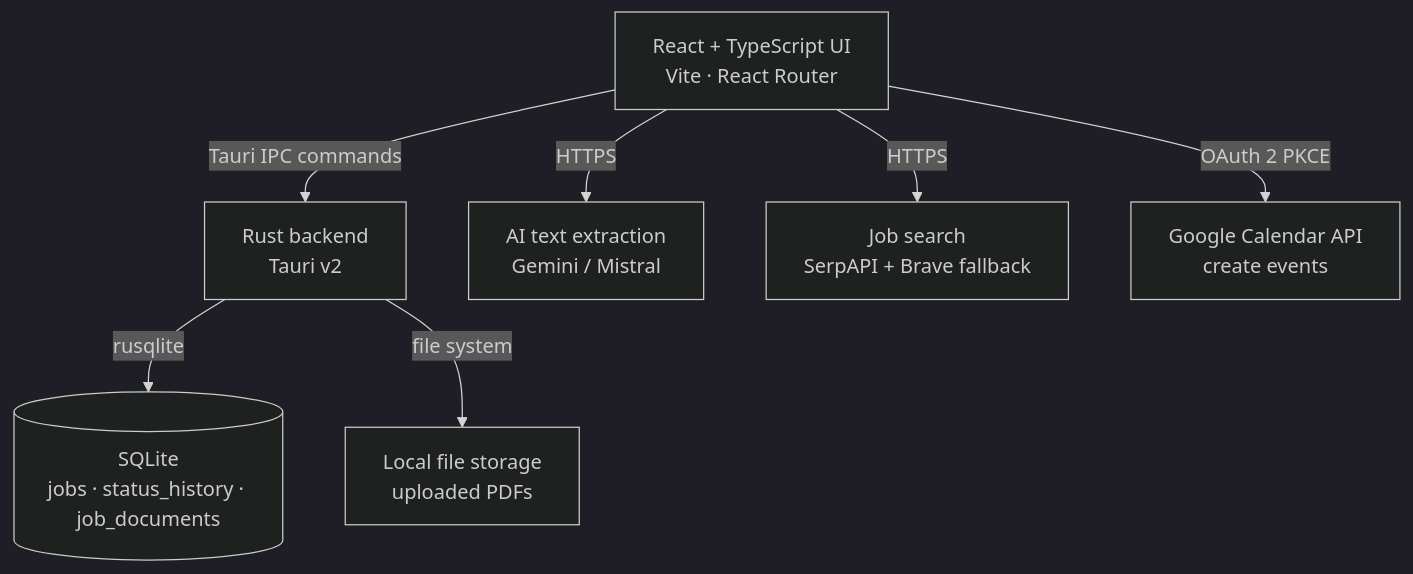
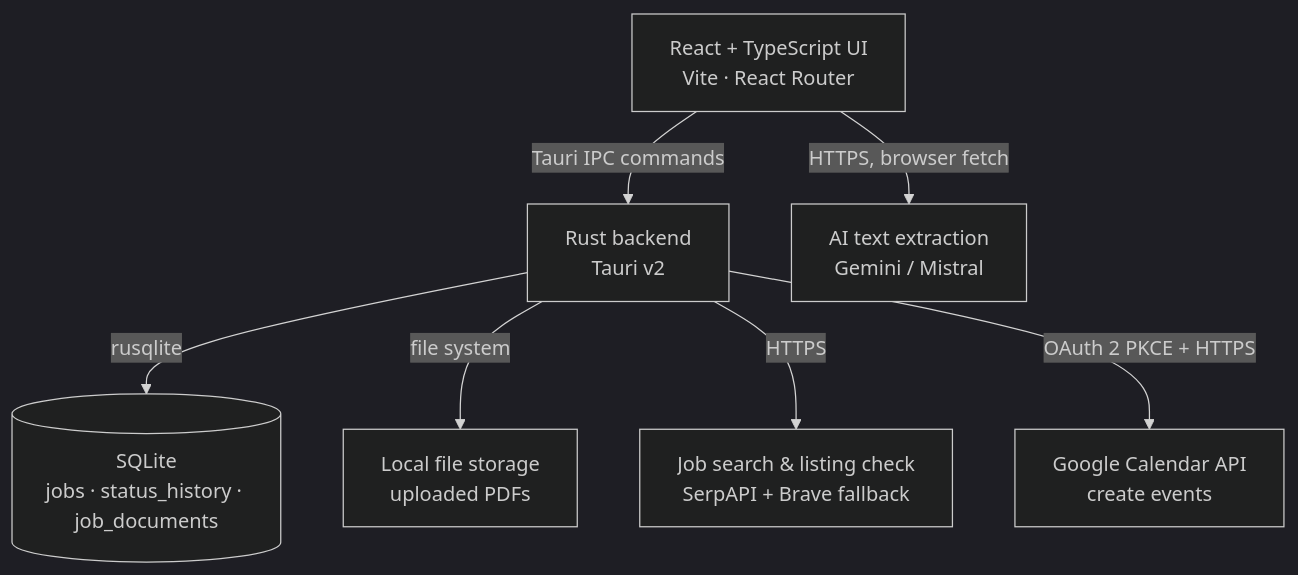
The first of 7 diagrams in docs/architecture.md (eikrad/Job-Tracker), drawn with Mermaid (dark theme) before and after one commit. The commit also changed other lines of this file and 2 other files, not shown here.

````diff
--- a/docs/architecture.md
+++ b/docs/architecture.md
@@ -11,9 +11,9 @@
 ```mermaid
 graph TD
     UI[React + TypeScript UI<br>Vite · React Router] -->|Tauri IPC commands| RUST[Rust backend<br>Tauri v2]
     RUST -->|rusqlite| DB[(SQLite<br>jobs · status_history · job_documents)]
     RUST -->|file system| FILES[Local file storage<br>uploaded PDFs]
-    UI -->|HTTPS| AI[AI text extraction<br>Gemini / Mistral]
-    UI -->|HTTPS| SEARCH[Job search<br>SerpAPI + Brave fallback]
-    UI -->|OAuth 2 PKCE| GCAL[Google Calendar API<br>create events]
+    UI -->|HTTPS, browser fetch| AI[AI text extraction<br>Gemini / Mistral]
+    RUST -->|HTTPS| SEARCH[Job search & listing check<br>SerpAPI + Brave fallback]
+    RUST -->|OAuth 2 PKCE + HTTPS| GCAL[Google Calendar API<br>create events]
 ```
````
